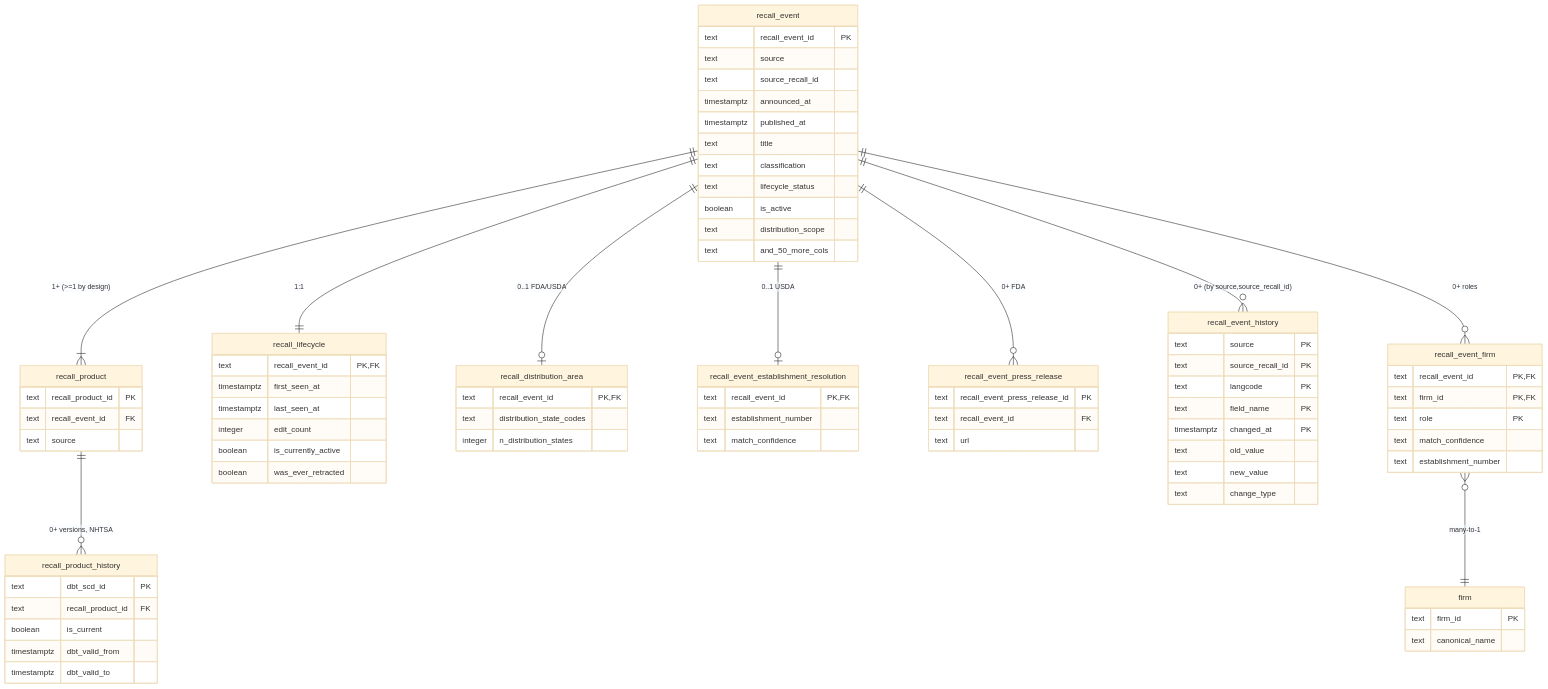
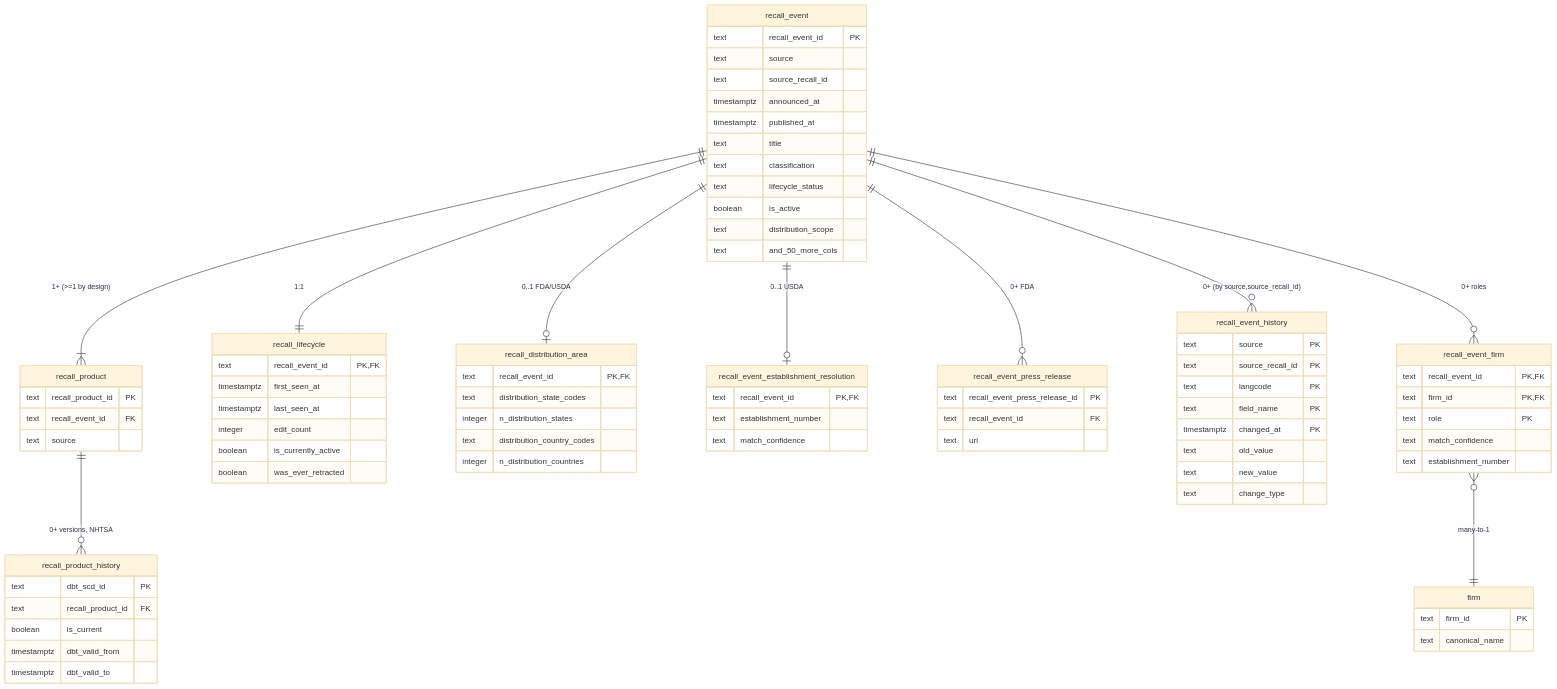
One commit to justanesta/consumer-product-recalls changed the second of 4 diagrams in documentation/database_overview.md. Above: the diagram before and after it, drawn with Mermaid (base theme). The commit also changed other lines of this file and 189 other files, not shown here.

```diff
--- a/documentation/database_overview.md
+++ b/documentation/database_overview.md
@@ -250,6 +251,8 @@
         text    recall_event_id        PK,FK
         text    distribution_state_codes
         integer n_distribution_states
+        text    distribution_country_codes
+        integer n_distribution_countries
     }
     recall_event_establishment_resolution {
         text recall_event_id      PK,FK
```
